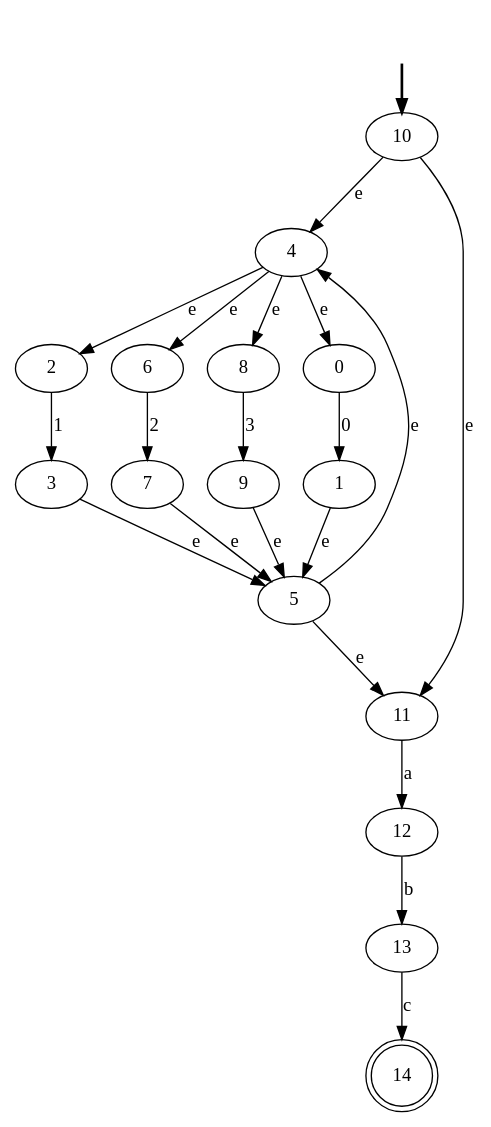
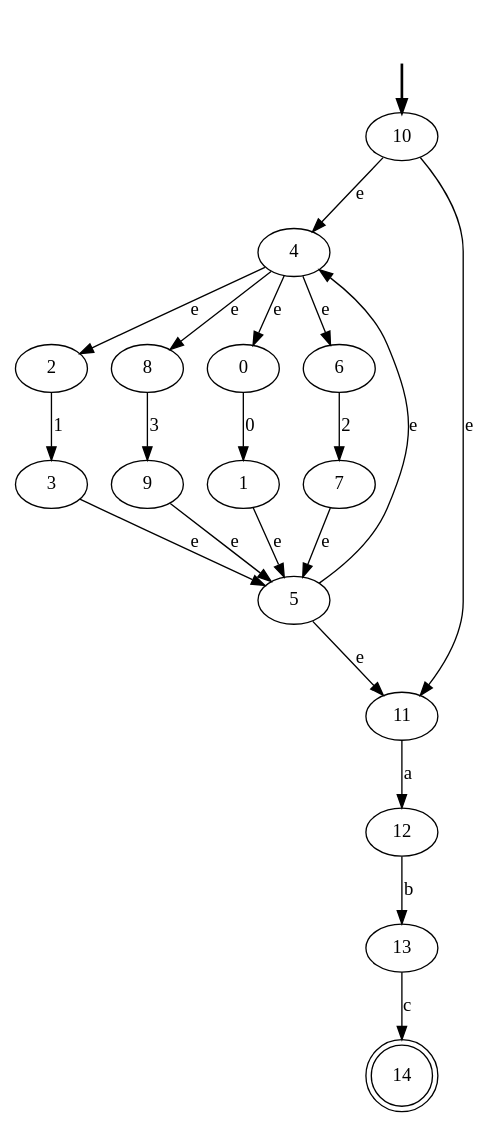
The diagram in Tarea 1/output_NFA.dot (maupeon/Compiladores), drawn with Graphviz before and after one commit. The commit also changed other lines of this file and 6 other files, not shown here.

```diff
--- a/Tarea 1/output_NFA.dot
+++ b/Tarea 1/output_NFA.dot
@@ -1,38 +1,38 @@
 digraph {
 	fake0 [style=invisible]
+	12
+	4
+	2
 	14 [shape=doublecircle]
+	1
+	8
+	7
 	3
-	2
-	6
-	10 [root=true]
-	4
-	8
 	11
 	0
-	12
+	10 [root=true]
+	13
+	6
+	5
 	9
-	5
-	7
-	1
-	13
 	fake0 -> 10 [style=bold]
 	0 -> 1 [label=0]
 	2 -> 3 [label=1]
+	4 -> 8 [label=e]
+	4 -> 2 [label=e]
 	4 -> 0 [label=e]
-	4 -> 2 [label=e]
 	4 -> 6 [label=e]
-	4 -> 8 [label=e]
 	1 -> 5 [label=e]
 	3 -> 5 [label=e]
 	6 -> 7 [label=2]
 	7 -> 5 [label=e]
 	8 -> 9 [label=3]
 	9 -> 5 [label=e]
 	10 -> 4 [label=e]
 	10 -> 11 [label=e]
 	5 -> 4 [label=e]
 	5 -> 11 [label=e]
 	11 -> 12 [label=a]
 	12 -> 13 [label=b]
 	13 -> 14 [label=c]
 }
```
